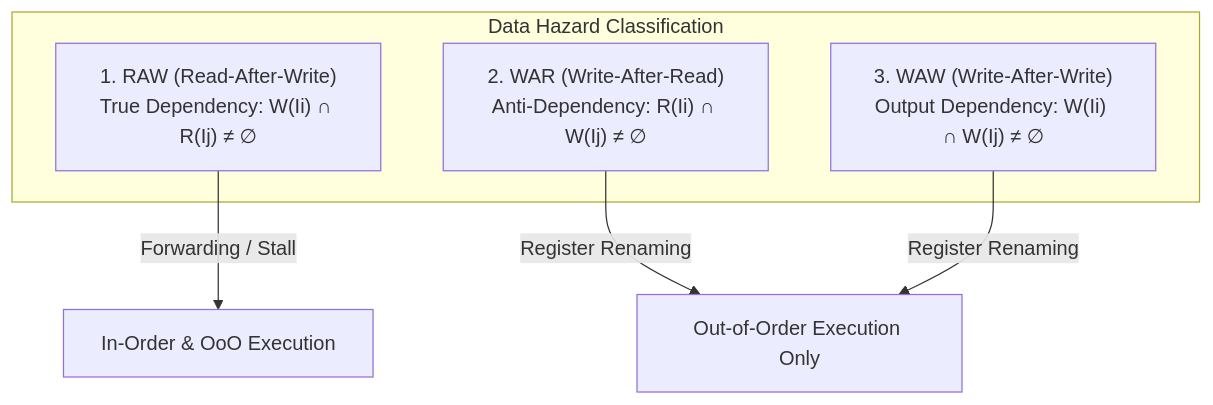
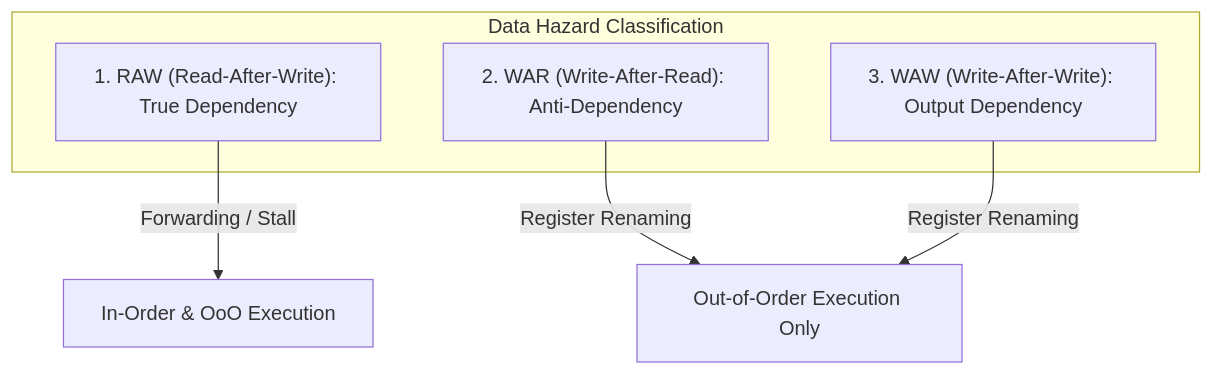
One commit to brown2243/client-docusaurus changed the diagram in docs/computer-architecture/isa-and-pipeline.md. Above: the diagram before and after it, drawn with Mermaid. The commit also changed other lines of this file and 17 other files, not shown here.

````diff
--- a/docs/computer-architecture/isa-and-pipeline.md
+++ b/docs/computer-architecture/isa-and-pipeline.md
@@ -40,12 +32,12 @@
 ```mermaid
 graph TD
     subgraph DataHazards [Data Hazard Classification]
-        RAW["1. RAW (Read-After-Write)<br/>True Dependency: W(Ii) ∩ R(Ij) ≠ ∅"]
-        WAR["2. WAR (Write-After-Read)<br/>Anti-Dependency: R(Ii) ∩ W(Ij) ≠ ∅"]
-        WAW["3. WAW (Write-After-Write)<br/>Output Dependency: W(Ii) ∩ W(Ij) ≠ ∅"]
+        RAW["1. RAW (Read-After-Write): True Dependency"]
+        WAR["2. WAR (Write-After-Read): Anti-Dependency"]
+        WAW["3. WAW (Write-After-Write): Output Dependency"]
     end
 
     RAW -->|Forwarding / Stall| InOrder[In-Order & OoO Execution]
     WAR -->|Register Renaming| OoO[Out-of-Order Execution Only]
     WAW -->|Register Renaming| OoO
 ```
````
